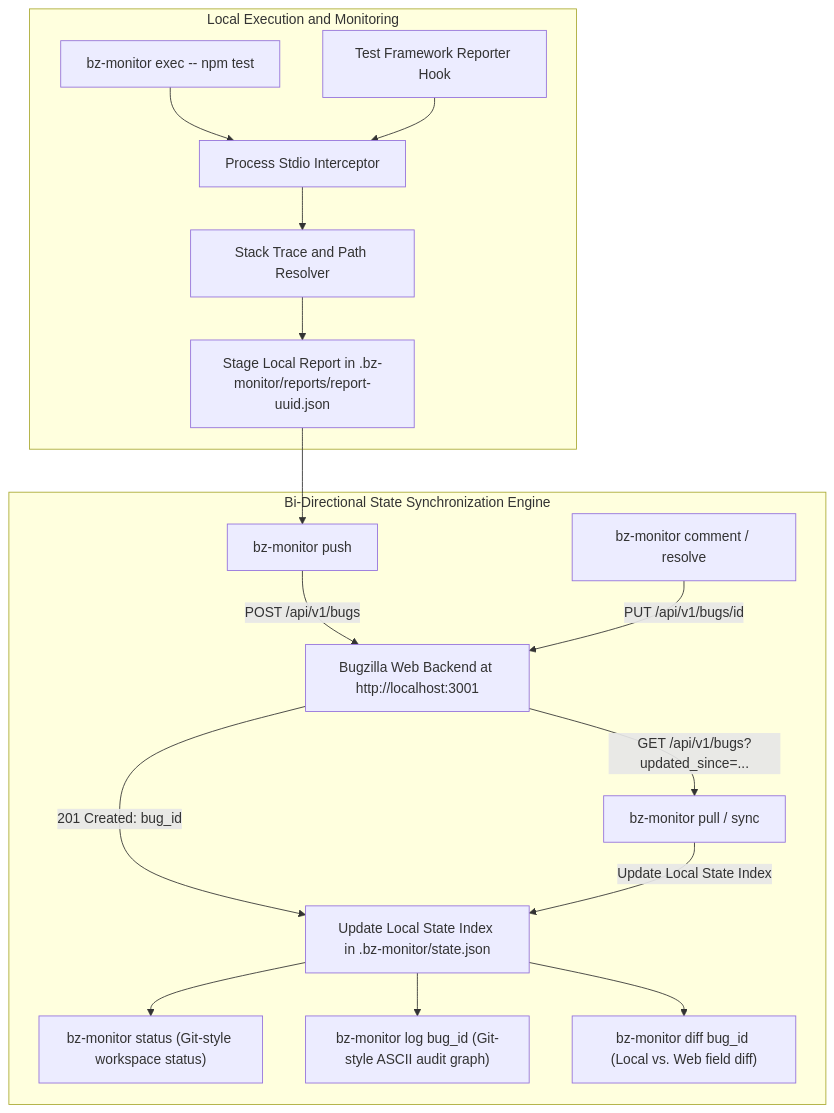
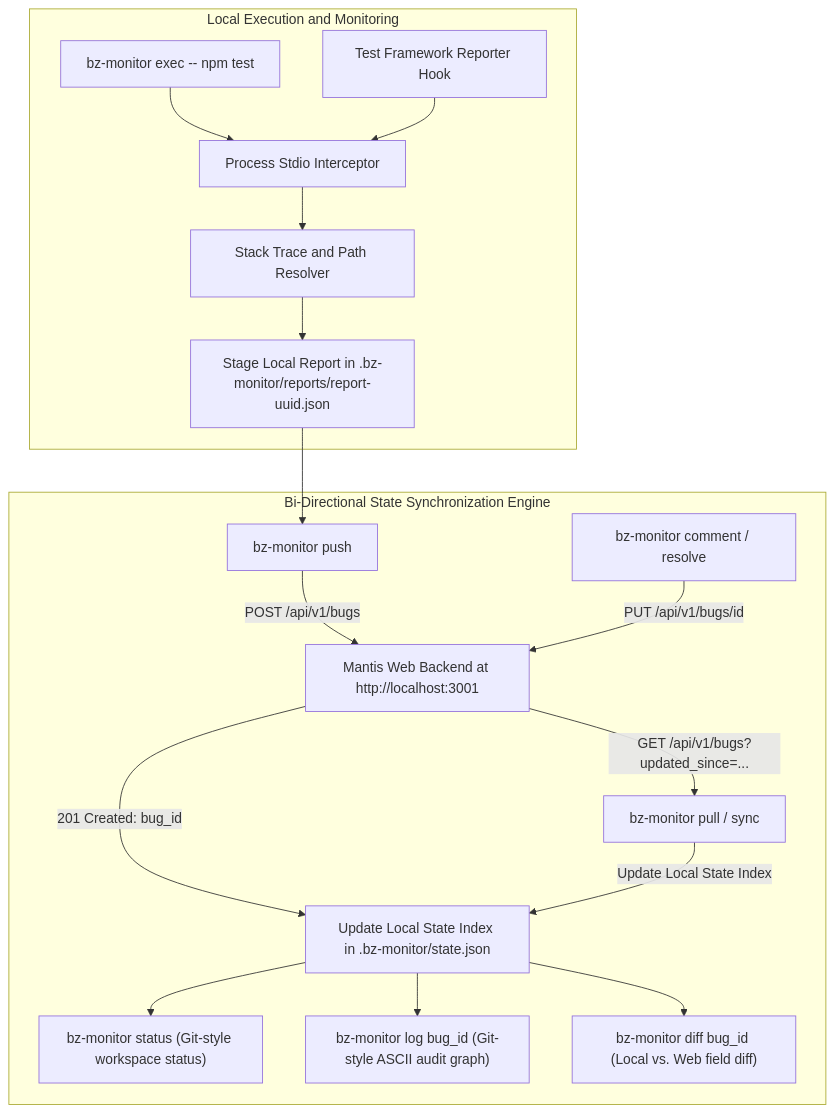
Before and after one commit to OjasKugore/Mantis: the fourth of 4 diagrams in implementation_plan.md, drawn with Mermaid. The commit also changed other lines of this file and 52 other files, not shown here.

````diff
--- a/implementation_plan.md
+++ b/implementation_plan.md
@@ -2470,24 +2470,24 @@
 ```mermaid
 flowchart TD
     subgraph Local Execution and Monitoring
         A1["bz-monitor exec -- npm test"] --> A2["Process Stdio Interceptor"]
         A3["Test Framework Reporter Hook"] --> A2
         A2 --> B1["Stack Trace and Path Resolver"]
         B1 --> B2["Stage Local Report in .bz-monitor/reports/report-uuid.json"]
     end
 
     subgraph Bi-Directional State Synchronization Engine
         B2 --> C1["bz-monitor push"]
-        C1 -->|"POST /api/v1/bugs"| D1["Bugzilla Web Backend at http://localhost:3001"]
+        C1 -->|"POST /api/v1/bugs"| D1["Mantis Web Backend at http://localhost:3001"]
         D1 -->|"201 Created: bug_id"| C2["Update Local State Index in .bz-monitor/state.json"]
         
         D1 -->|"GET /api/v1/bugs?updated_since=..."| C3["bz-monitor pull / sync"]
         C3 -->|"Update Local State Index"| C2
         
         C2 --> E1["bz-monitor status (Git-style workspace status)"]
         C2 --> E2["bz-monitor log bug_id (Git-style ASCII audit graph)"]
         C2 --> E3["bz-monitor diff bug_id (Local vs. Web field diff)"]
         
         E4["bz-monitor comment / resolve"] -->|"PUT /api/v1/bugs/id"| D1
     end
 ```
````
